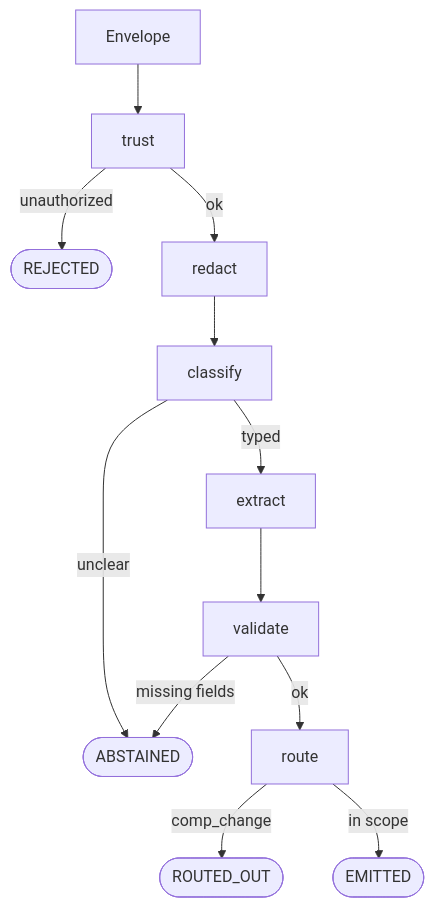
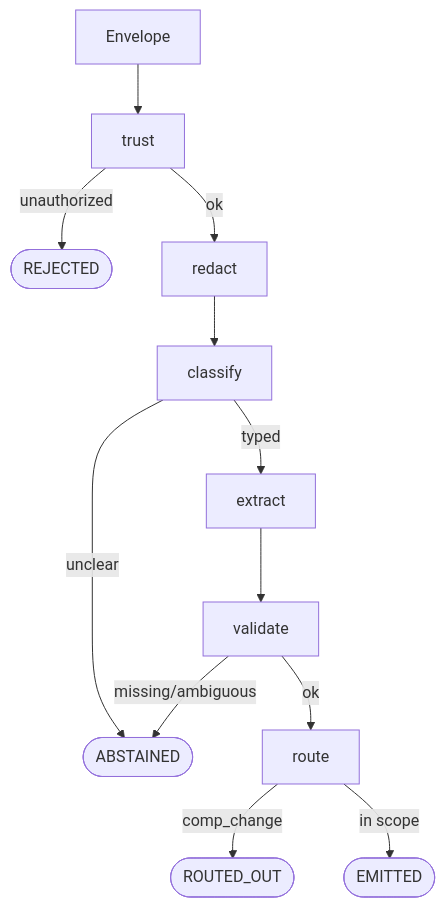
One commit to karinfdez/legal-reorg-intake changed the first of 2 diagrams in docs/design.md. Above: the diagram before and after it, drawn with Mermaid. The commit also changed other lines of this file, not shown here.

````diff
--- a/docs/design.md
+++ b/docs/design.md
@@ -115,26 +83,14 @@
 ```mermaid
 flowchart TD
-  env[Envelope]
-  trust[trust]
-  redact[redact]
-  classify[classify]
-  extract[extract]
-  validate[validate]
-  route[route]
-  rejected([REJECTED])
-  abstain([ABSTAINED])
-  routed([ROUTED_OUT])
-  emitted([EMITTED])
-
-  env --> trust
-  trust -->|unauthorized| rejected
-  trust -->|ok| redact
-  redact --> classify
-  classify -->|unclear| abstain
-  classify -->|typed| extract
-  extract --> validate
-  validate -->|missing fields| abstain
-  validate -->|ok| route
-  route -->|comp_change| routed
-  route -->|in scope| emitted
+  env[Envelope] --> trust[trust]
+  trust -->|unauthorized| rejected([REJECTED])
+  trust -->|ok| redact[redact]
+  redact --> classify[classify]
+  classify -->|unclear| abstain([ABSTAINED])
+  classify -->|typed| extract[extract]
+  extract --> validate[validate]
+  validate -->|missing/ambiguous| abstain
+  validate -->|ok| route[route]
+  route -->|comp_change| routed([ROUTED_OUT])
+  route -->|in scope| emitted([EMITTED])
 ```
````
